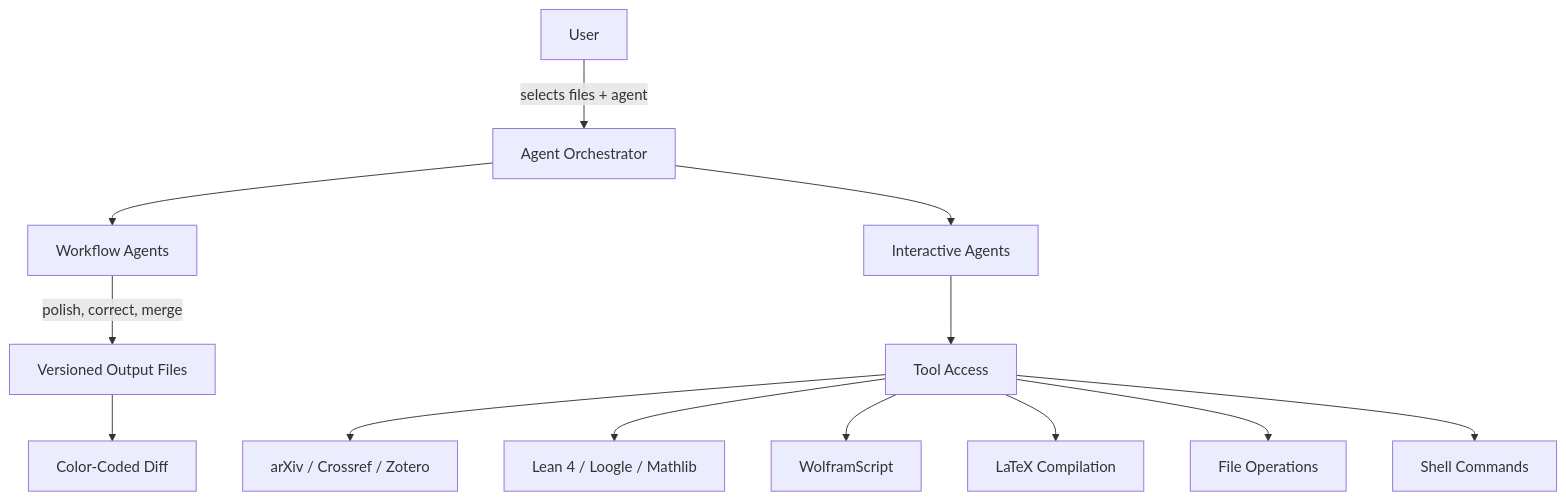
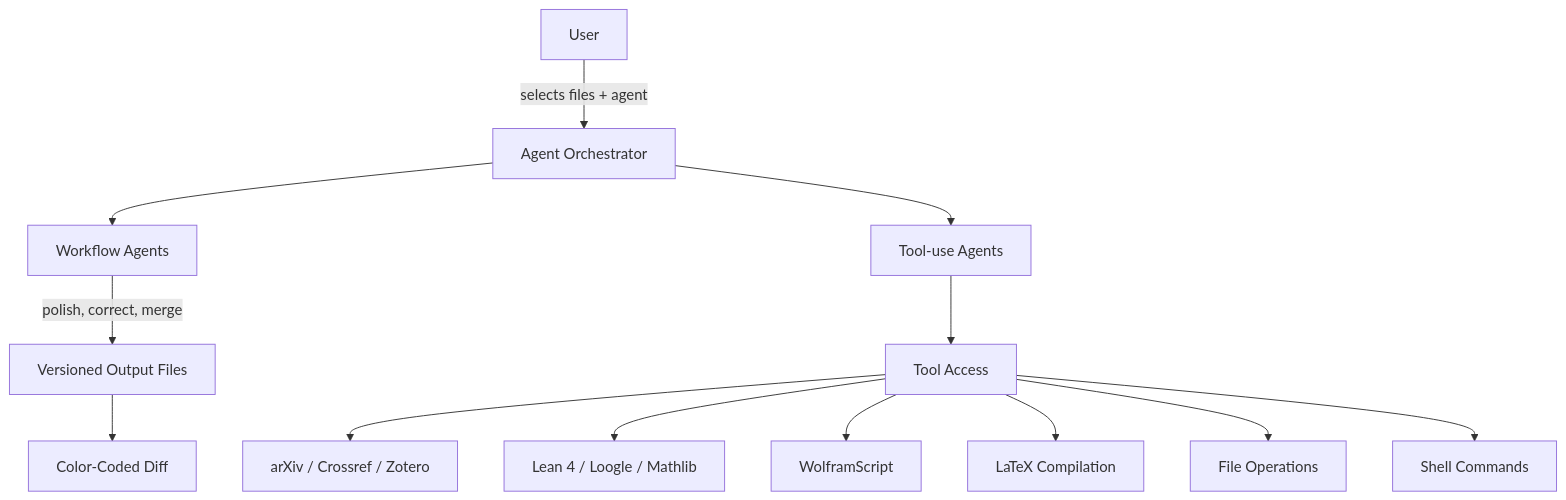
One commit to LionSR/TeXRA changed the diagram in docs/guide/index.md. Above: the diagram before and after it, drawn with Mermaid. The commit also changed other lines of this file and 8 other files, not shown here.

````diff
--- a/docs/guide/index.md
+++ b/docs/guide/index.md
@@ -28,17 +62,17 @@
 ```mermaid
 graph TB
     User[User] --> |selects files + agent| Orchestrator[Agent Orchestrator]
     Orchestrator --> WA[Workflow Agents]
-    Orchestrator --> IA[Interactive Agents]
+    Orchestrator --> IA[Tool-use Agents]
 
     WA --> |polish, correct, merge| Output[Versioned Output Files]
     Output --> Diff[Color-Coded Diff]
 
     IA --> Tools[Tool Access]
     Tools --> Search[arXiv / Crossref / Zotero]
     Tools --> Lean[Lean 4 / Loogle / Mathlib]
     Tools --> Wolfram[WolframScript]
     Tools --> Compile[LaTeX Compilation]
     Tools --> FileOps[File Operations]
     Tools --> Shell[Shell Commands]
 ```
````
